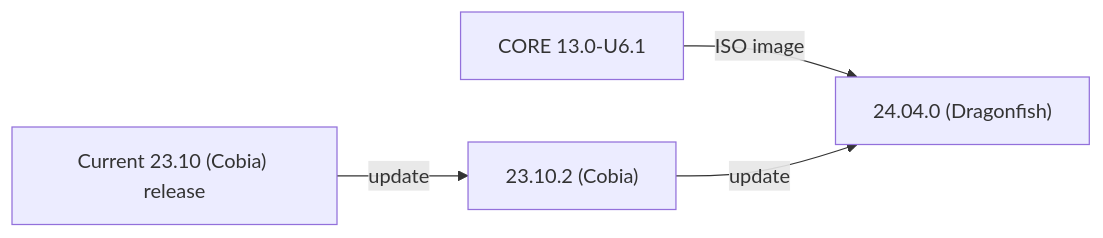
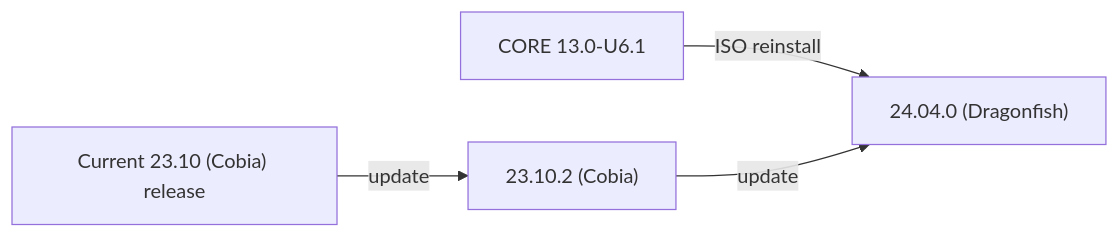
Before and after one commit to truenas/documentation: the second of 2 diagrams in content/SCALE/GettingStarted/SCALEReleaseNotes.md, drawn with Mermaid. The commit also changed other lines of this file, not shown here.

```diff
--- a/content/SCALE/GettingStarted/SCALEReleaseNotes.md
+++ b/content/SCALE/GettingStarted/SCALEReleaseNotes.md
@@ -84,5 +84,5 @@
 {{< mermaid class="mermaid_sizing" >}}
 flowchart LR
-A["CORE 13.0-U6.1"] -->|ISO image| D
+A["CORE 13.0-U6.1"] -->|ISO reinstall| D
 B["Current 23.10 (Cobia) release"] -->|update| C["23.10.2 (Cobia)"] -->|update| D["24.04.0 (Dragonfish)"]
 {{< /mermaid >}}
```
